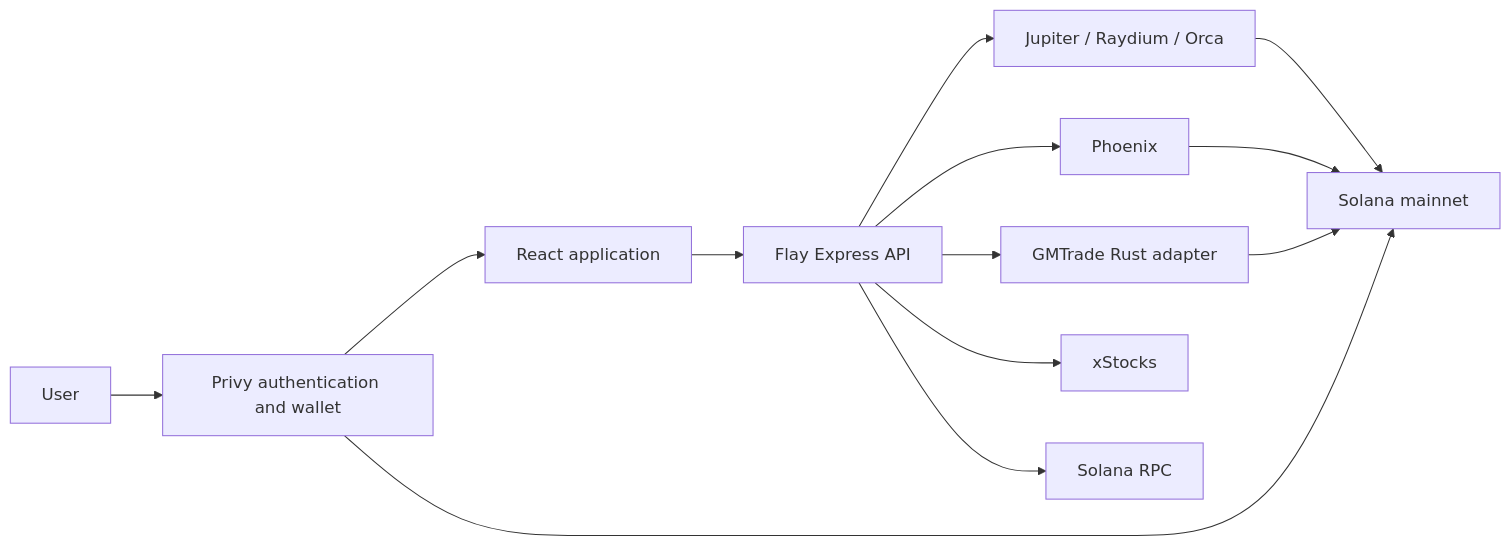
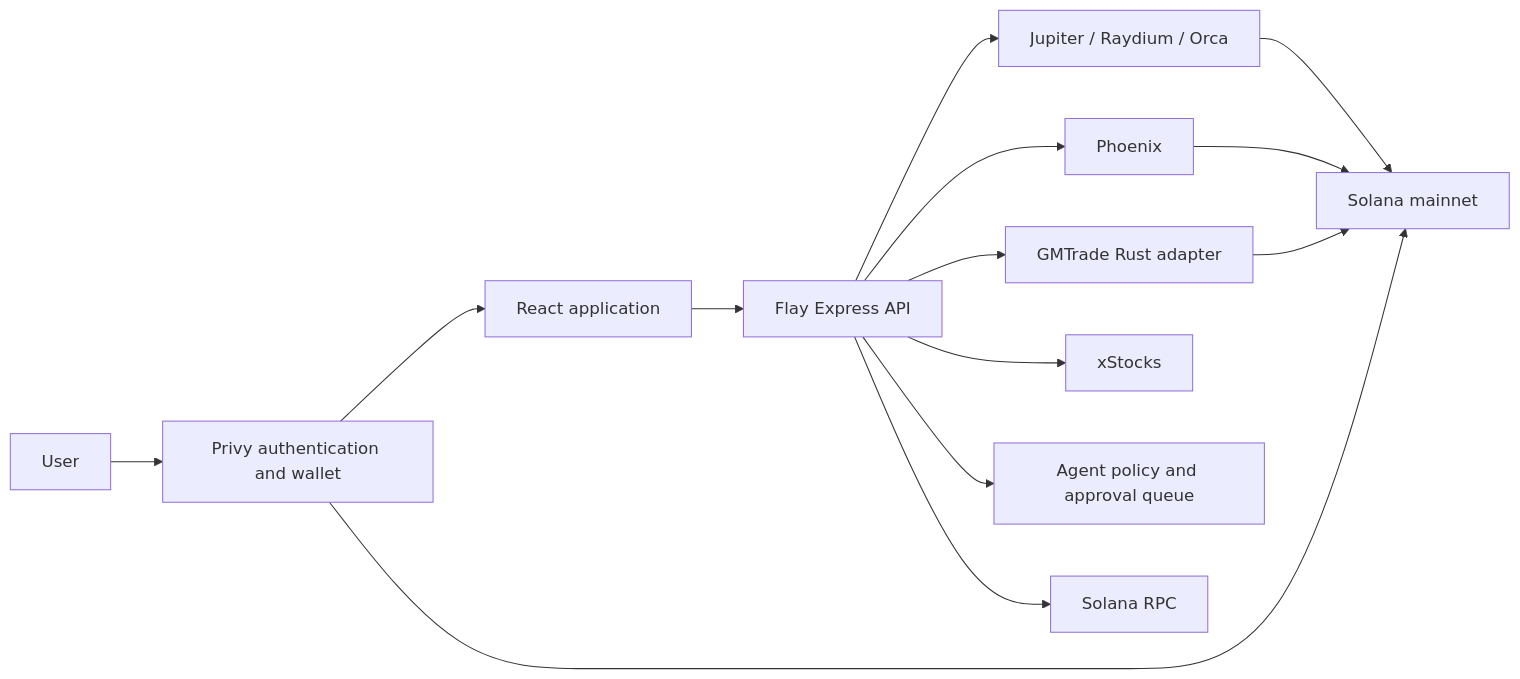
The diagram in README.md (ahumdigar/flay), drawn with Mermaid before and after one commit. The commit also changed other lines of this file and 15 other files, not shown here.

Commit message:
Add approval-gated AI agent access

````diff
--- a/README.md
+++ b/README.md
@@ -26,15 +27,16 @@
 ```mermaid
 flowchart LR
     U[User] --> P[Privy authentication and wallet]
     P --> W[React application]
     W --> A[Flay Express API]
     A --> C[Jupiter / Raydium / Orca]
     A --> F[Phoenix]
     A --> G[GMTrade Rust adapter]
     A --> X[xStocks]
+    A --> AI[Agent policy and approval queue]
     A --> R[Solana RPC]
     C --> S[Solana mainnet]
     F --> S
     G --> S
     P --> S
 ```
````
